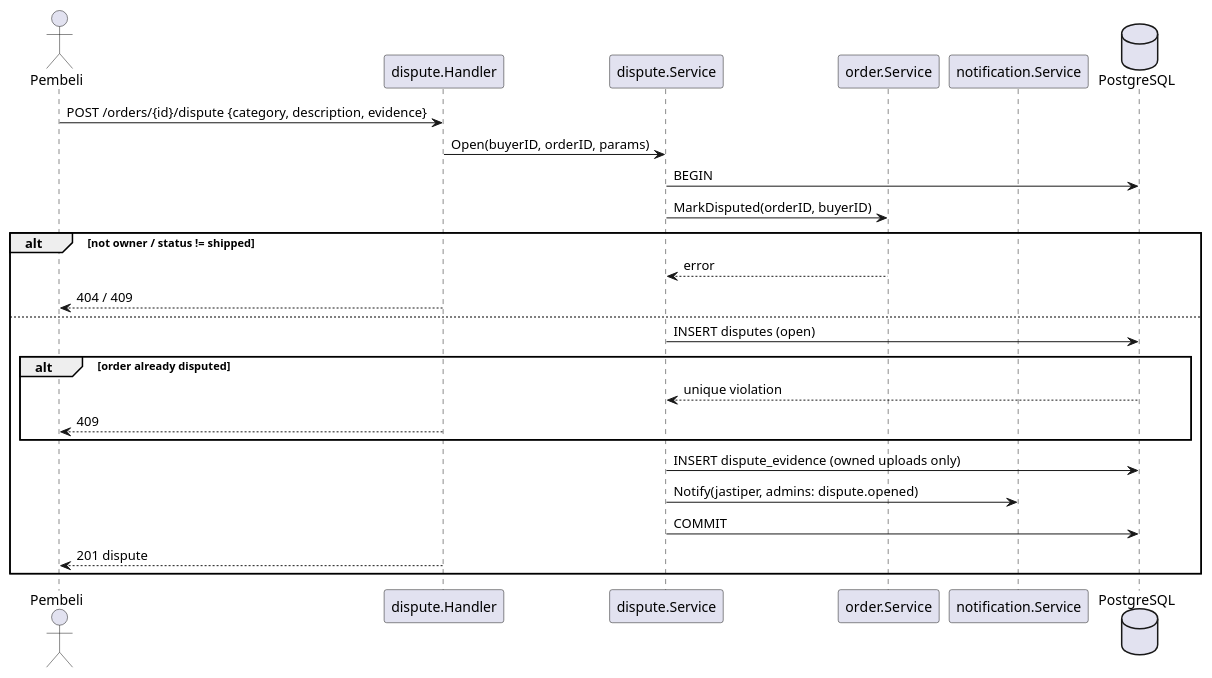
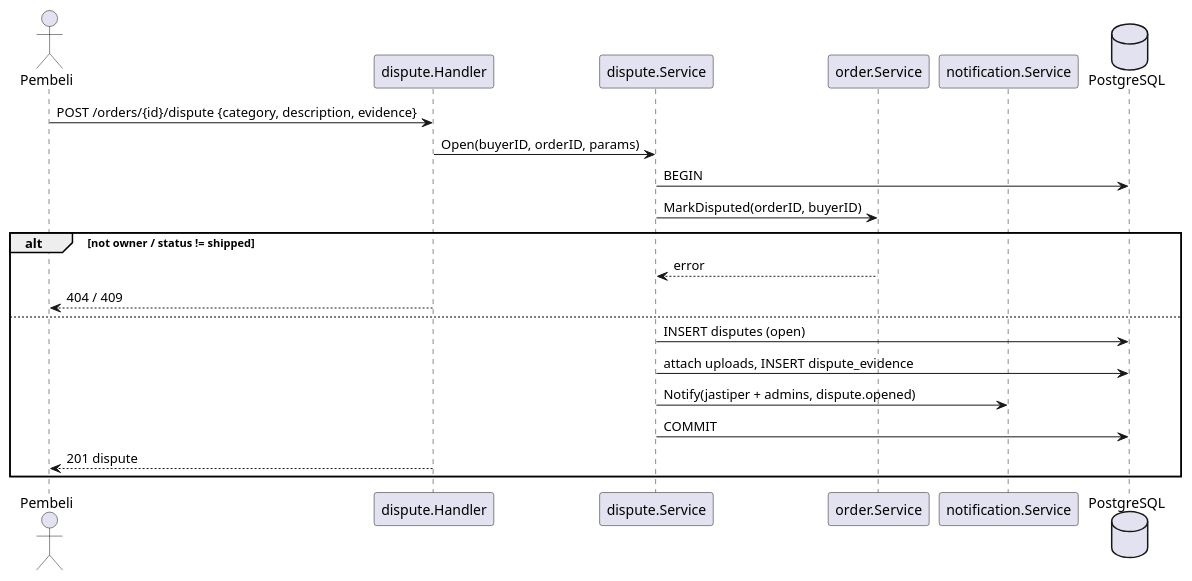
Before and after one commit to Titip-Dong/titipdong-be: the second of 3 diagrams in docs/features/dispute.md, drawn with PlantUML. The commit also changed other lines of this file and 11 other files, not shown here.

````diff
--- a/docs/features/dispute.md
+++ b/docs/features/dispute.md
@@ -139,29 +153,25 @@
 ```plantuml
 @startuml
 actor Pembeli
 participant "dispute.Handler" as H
 participant "dispute.Service" as S
 participant "order.Service" as O
 participant "notification.Service" as N
 database PostgreSQL as DB
 
 Pembeli -> H : POST /orders/{id}/dispute {category, description, evidence}
 H -> S : Open(buyerID, orderID, params)
 S -> DB : BEGIN
 S -> O : MarkDisputed(orderID, buyerID)
 alt not owner / status != shipped
   O --> S : error
   H --> Pembeli : 404 / 409
 else
   S -> DB : INSERT disputes (open)
-  alt order already disputed
-    DB --> S : unique violation
-    H --> Pembeli : 409
-  end
-  S -> DB : INSERT dispute_evidence (owned uploads only)
-  S -> N : Notify(jastiper, admins: dispute.opened)
+  S -> DB : attach uploads, INSERT dispute_evidence
+  S -> N : Notify(jastiper + admins, dispute.opened)
   S -> DB : COMMIT
   H --> Pembeli : 201 dispute
 end
 @enduml
 ```
````
